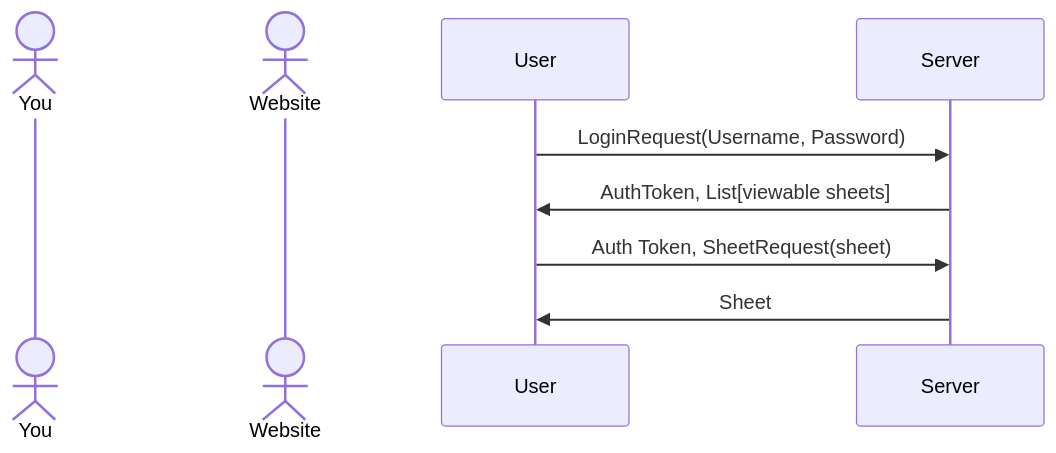
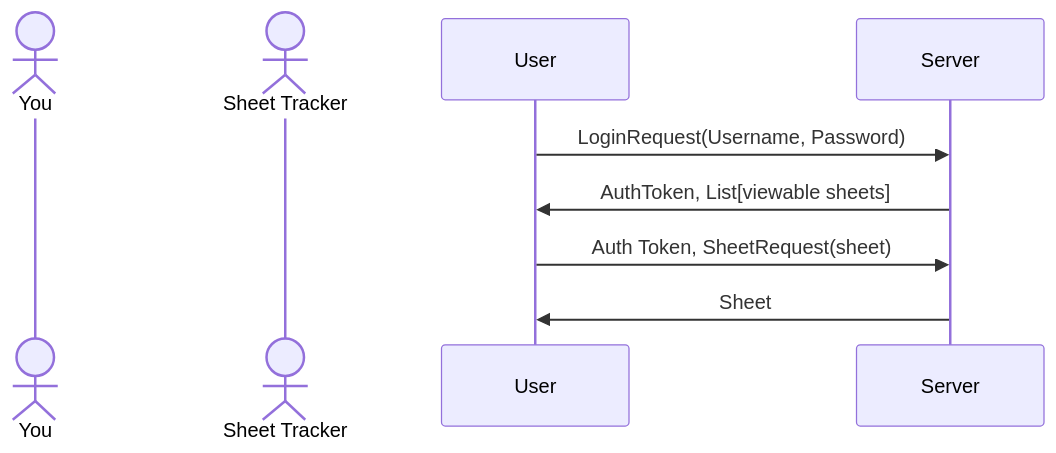
Before and after one commit to davidsdarley/CS260Startup: the first of 2 diagrams in README.md, drawn with Mermaid. The commit also changed other lines of this file, not shown here.

````diff
--- a/README.md
+++ b/README.md
@@ -43,9 +43,9 @@
 ```mermaid
 sequenceDiagram
     actor You
-    actor Website
+    actor Sheet Tracker
     User->>Server: LoginRequest(Username, Password);
     Server->>User: AuthToken, List[viewable sheets];
     User->>Server: Auth Token, SheetRequest(sheet);
     Server->>User: Sheet
 ```
````
